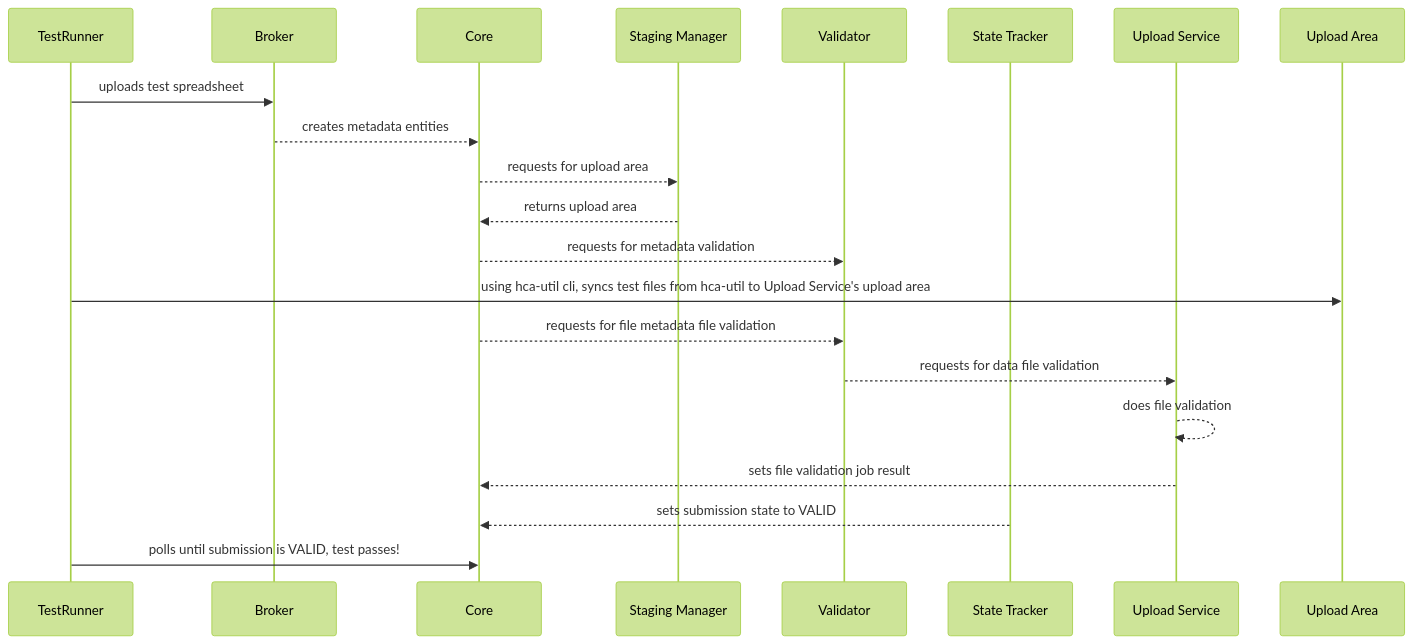
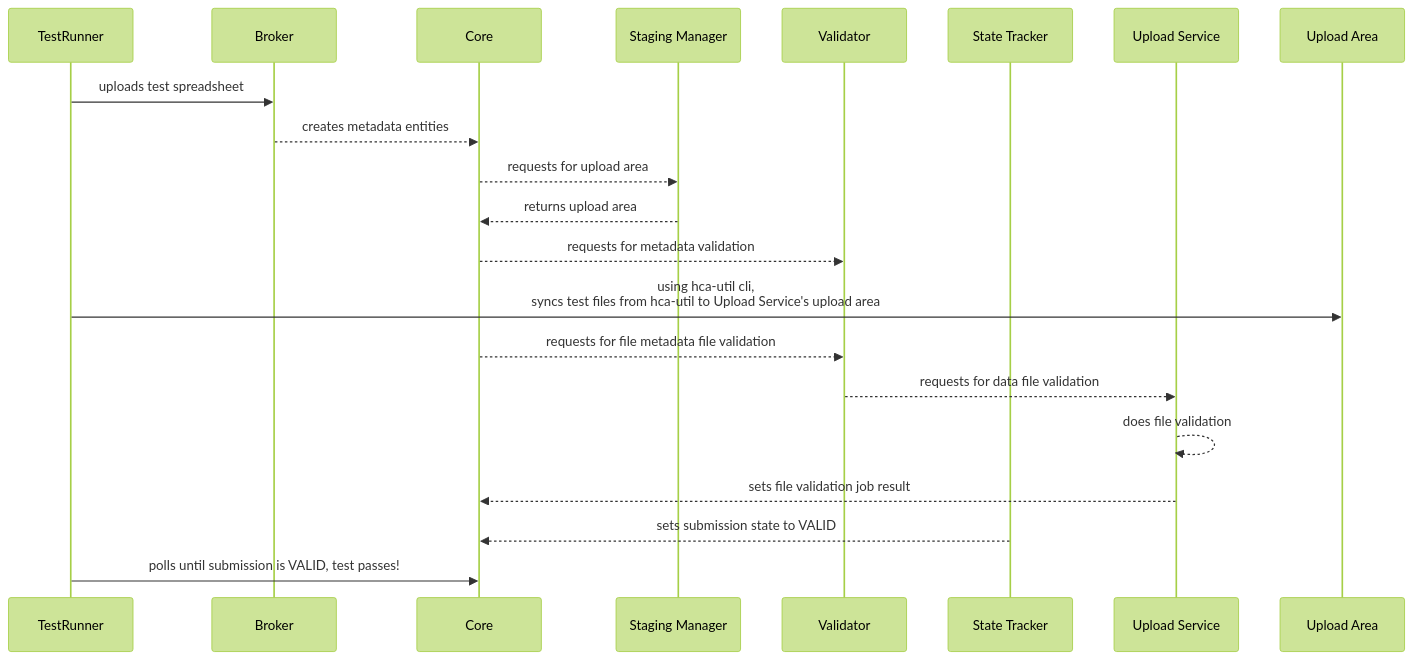
Before and after one commit to ebi-ait/ingest-integration-tests: the first of 5 diagrams in README.md, drawn with Mermaid (forest theme). The commit also changed other lines of this file, not shown here.

Commit message:
dcp-692 Update sequence diagrams

````diff
--- a/README.md
+++ b/README.md
@@ -12,23 +12,23 @@
 ```mermaid
 sequenceDiagram
   participant TestRunner
   participant Broker
   participant Core
   participant Staging Manager
   participant Validator
   participant State as State Tracker
   participant Upload as Upload Service
 
   TestRunner->>Broker: uploads test spreadsheet
   Broker-->>Core: creates  metadata entities
   Core-->> Staging Manager: requests for upload area
   Staging Manager-->> Core: returns upload area
   Core-->> Validator: requests for metadata validation
-  TestRunner->> Upload Area: using hca-util cli, syncs test files from hca-util to Upload Service's upload area
+  TestRunner->> Upload Area: using hca-util cli, <br/> syncs test files from hca-util to Upload Service's upload area
   Core-->> Validator: requests for file metadata file validation
   Validator-->>Upload: requests for data file validation
   Upload -->> Upload: does file validation
   Upload -->> Core: sets file validation job result
   State -->> Core: sets submission state to VALID
   TestRunner ->> Core: polls until submission is VALID, test passes!
 ```
````
